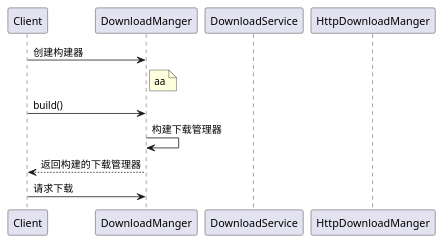
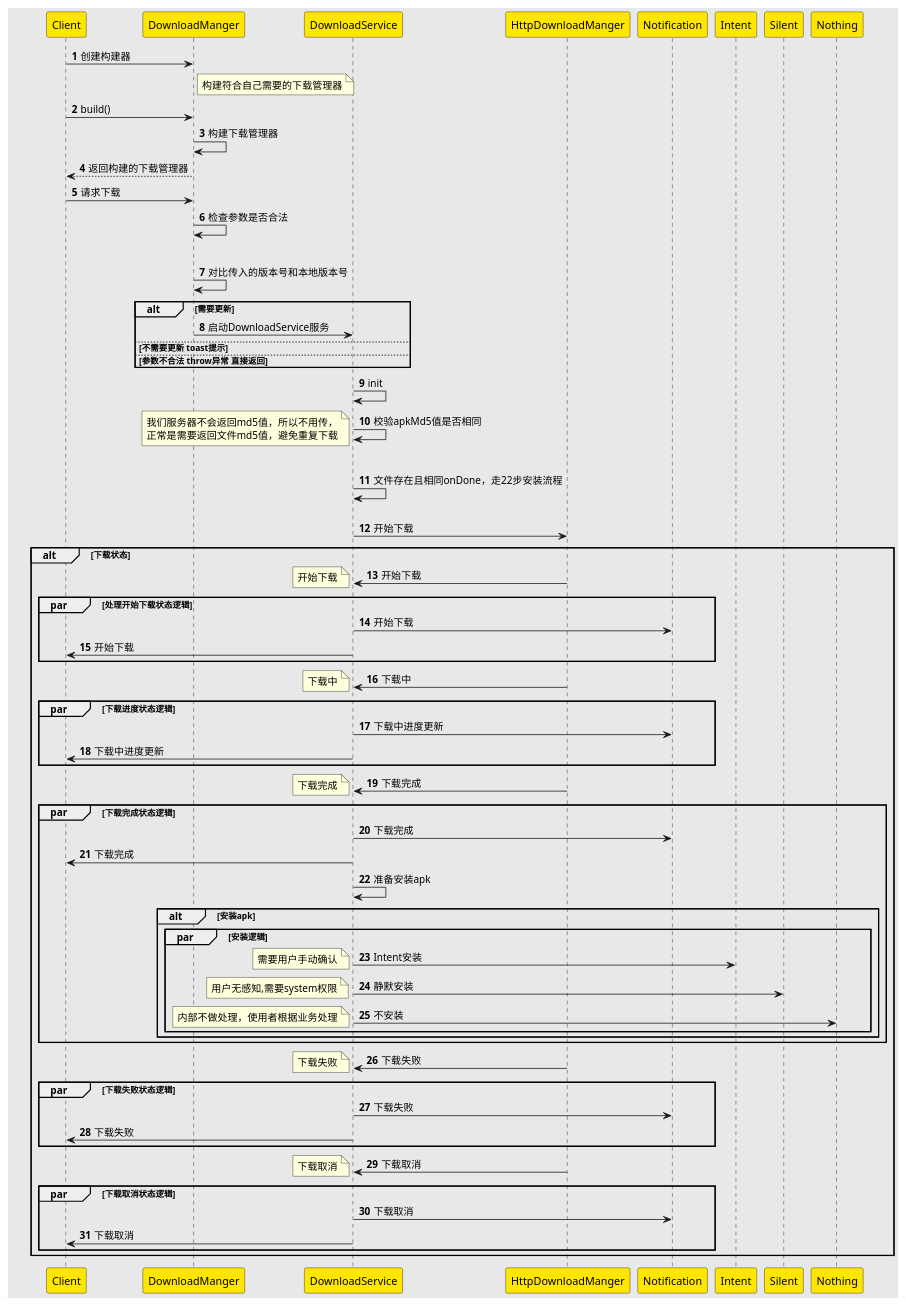
The diagram in uml/lib_update.puml (zhuhuitao/basic), drawn with PlantUML before and after one commit.

Commit message:
补全uml

```diff
--- a/uml/lib_update.puml
+++ b/uml/lib_update.puml
@@ -1,22 +1,92 @@
 @startuml
 'https://plantuml.com/sequence-diagram
 
+skinparam backgroundColor #E8E8E8
+skinparam sequenceParticipantBackgroundColor #FFE600
+skinparam sequenceLifeLineBorderColor black
+skinparam sequenceLifeLineBackgroundColor red
+skinparam sequenceBoxBorderColor red
+skinparam sequenceDividerBackgroundColor #14D9D9D9
 
+autonumber
 participant Client
 participant DownloadManger
 participant DownloadService
 participant HttpDownloadManger
+participant Notification
 
 
 Client -> DownloadManger: 创建构建器
-note right of DownloadManger : aa
+note right of DownloadManger : 构建符合自己需要的下载管理器
+
 Client -> DownloadManger: build()
 DownloadManger -> DownloadManger: 构建下载管理器
 DownloadManger --> Client: 返回构建的下载管理器
 Client -> DownloadManger : 请求下载
+DownloadManger -> DownloadManger:检查参数是否合法
+    alt 参数合法
+        DownloadManger -> DownloadManger: 对比传入的版本号和本地版本号
+            alt 需要更新
+                DownloadManger -> DownloadService: 启动DownloadService服务
+            else 不需要更新 toast提示
 
+    else 参数不合法 throw异常 直接返回
 
+    end
+
+DownloadService->DownloadService: init
+DownloadService->DownloadService: 校验apkMd5值是否相同
+    note left: 我们服务器不会返回md5值，所以不用传，\n正常是需要返回文件md5值，避免重复下载
+    alt 文件处理情况
+        DownloadService->DownloadService: 文件存在且相同onDone，走22步安装流程
+    else 文件不存在
+        DownloadService->HttpDownloadManger: 开始下载
+        alt 下载状态
+           HttpDownloadManger->DownloadService:开始下载
+           par 处理开始下载状态逻辑
+           note left: 开始下载
+           DownloadService->Notification:开始下载
+           DownloadService->Client:开始下载
+           end
+           HttpDownloadManger->DownloadService:下载中
+           par 下载进度状态逻辑
+           note left: 下载中
+           DownloadService->Notification:下载中进度更新
+           DownloadService->Client:下载中进度更新
+           end
+           HttpDownloadManger->DownloadService:下载完成
+           par 下载完成状态逻辑
+           note left: 下载完成
+           DownloadService->Notification:下载完成
+           DownloadService->Client:下载完成
+           DownloadService->DownloadService: 准备安装apk
+                alt 安装apk
+
+                par 安装逻辑
+                DownloadService->Intent:Intent安装
+                note left: 需要用户手动确认
+                DownloadService->Silent:静默安装
+                note left: 用户无感知,需要system权限
+                DownloadService->Nothing:不安装
+                note left: 内部不做处理，使用者根据业务处理
+                end
+                end
+           end
+           HttpDownloadManger->DownloadService:下载失败
+           par 下载失败状态逻辑
+           note left: 下载失败
+           DownloadService->Notification:下载失败
+           DownloadService->Client:下载失败
+           end
+           HttpDownloadManger->DownloadService:下载取消
+           par 下载取消状态逻辑
+           note left: 下载取消
+           DownloadService->Notification:下载取消
+           DownloadService->Client:下载取消
+        end
+
+    end
 
 
 
 @enduml
```
